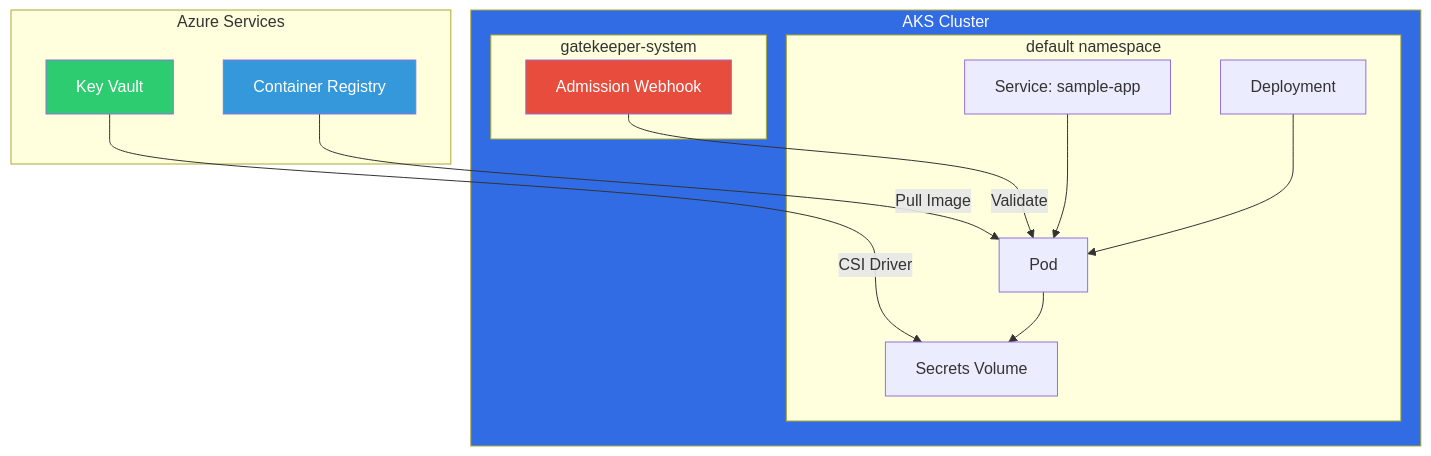
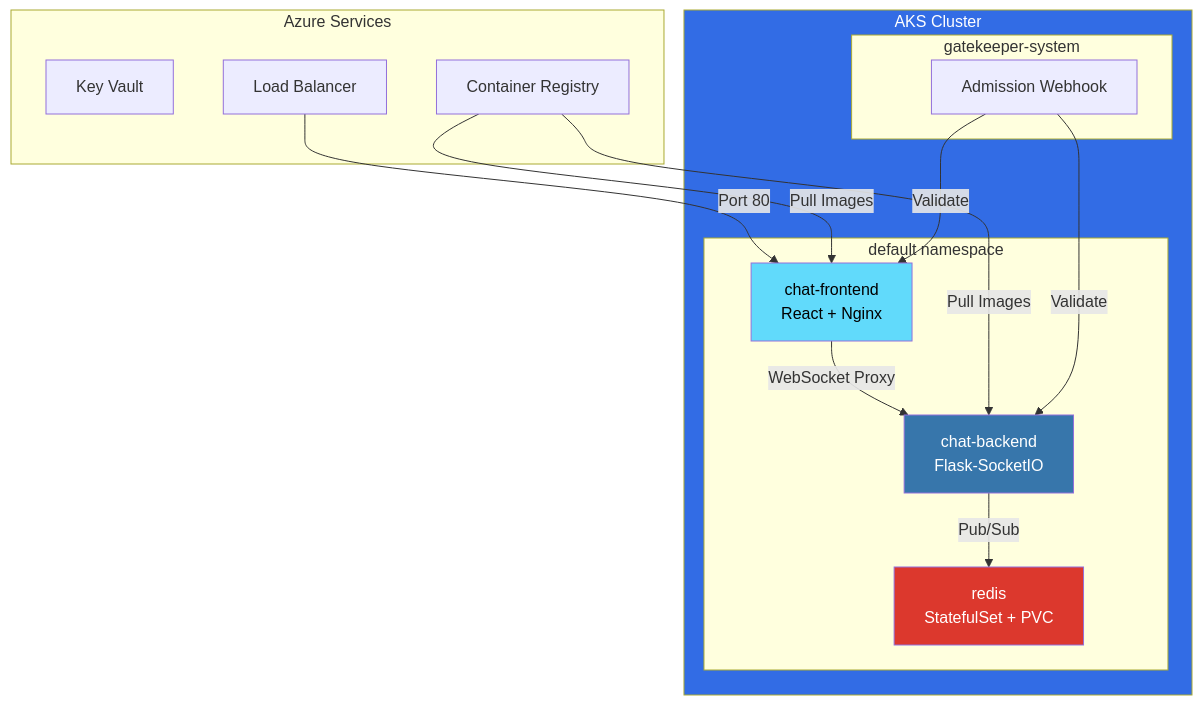
The third of 3 diagrams in README.md (Shrinet82/zero-trust-devsecops), drawn with Mermaid before and after one commit. The commit also changed other lines of this file and 1 other file, not shown here.

Commit message:
docs: Update README with three-tier chat app architecture

````diff
--- a/README.md
+++ b/README.md
@@ -116,33 +118,34 @@
 ```mermaid
 graph TB
     subgraph AKS["AKS Cluster"]
         subgraph NS["default namespace"]
-            SVC["Service: sample-app"]
-            DEP["Deployment"]
-            POD["Pod"]
-            VOL["Secrets Volume"]
+            FE["chat-frontend<br/>React + Nginx"]
+            BE["chat-backend<br/>Flask-SocketIO"]
+            RD["redis<br/>StatefulSet + PVC"]
 
-            SVC --> POD
-            DEP --> POD
-            POD --> VOL
+            FE -->|WebSocket Proxy| BE
+            BE -->|Pub/Sub| RD
         end
 
         subgraph GK["gatekeeper-system"]
             WEBHOOK["Admission Webhook"]
         end
     end
 
     subgraph Azure["Azure Services"]
         KV["Key Vault"]
         ACR["Container Registry"]
+        LB["Load Balancer"]
     end
 
-    KV -->|CSI Driver| VOL
-    ACR -->|Pull Image| POD
-    WEBHOOK -->|Validate| POD
+    LB -->|Port 80| FE
+    ACR -->|Pull Images| BE
+    ACR -->|Pull Images| FE
+    WEBHOOK -->|Validate| BE
+    WEBHOOK -->|Validate| FE
 
     style AKS fill:#326ce5,color:#fff
-    style KV fill:#2ecc71,color:#fff
-    style ACR fill:#3498db,color:#fff
-    style WEBHOOK fill:#e74c3c,color:#fff
+    style FE fill:#61dafb,color:#000
+    style BE fill:#3776ab,color:#fff
+    style RD fill:#dc382d,color:#fff
 ```
````
